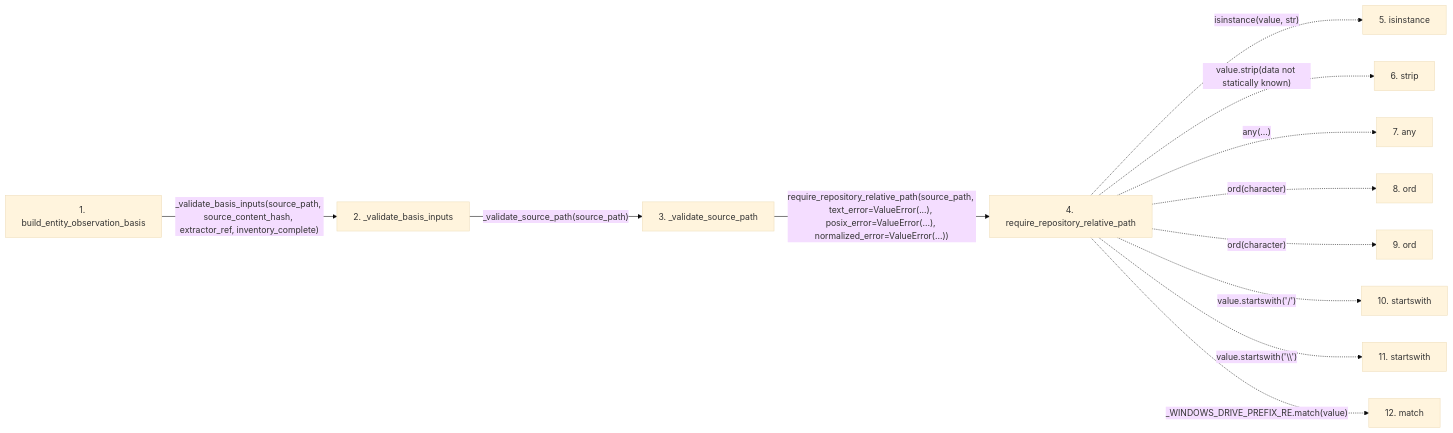
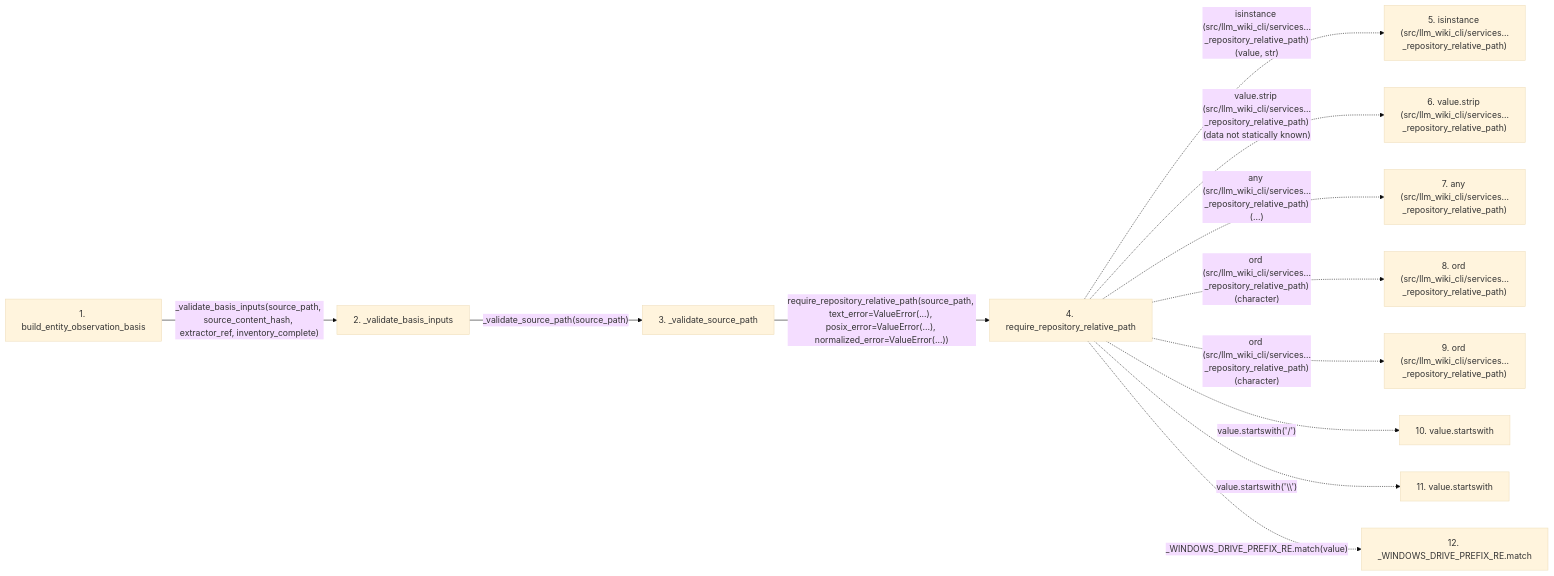
The second of 2 diagrams in docs/llm_wiki/flows/api-build_entity_observation_basis.md (Denissvgn/python-wiki-llm), drawn with Mermaid (base theme) before and after one commit. The commit also changed other lines of this file and 719 other files, not shown here.

````diff
--- a/docs/llm_wiki/flows/api-build_entity_observation_basis.md
+++ b/docs/llm_wiki/flows/api-build_entity_observation_basis.md
@@ -71,30 +74,30 @@
 ```mermaid
 flowchart LR
     s1["1. build_entity_observation_basis"]
     s2["2. _validate_basis_inputs"]
     s3["3. _validate_source_path"]
     s4["4. require_repository_relative_path"]
-    s5["5. isinstance"]
-    s6["6. strip"]
-    s7["7. any"]
-    s8["8. ord"]
-    s9["9. ord"]
-    s10["10. startswith"]
-    s11["11. startswith"]
-    s12["12. match"]
+    s5["5. isinstance (src/llm_wiki_cli/services…_repository_relative_path)"]
+    s6["6. value.strip (src/llm_wiki_cli/services…_repository_relative_path)"]
+    s7["7. any (src/llm_wiki_cli/services…_repository_relative_path)"]
+    s8["8. ord (src/llm_wiki_cli/services…_repository_relative_path)"]
+    s9["9. ord (src/llm_wiki_cli/services…_repository_relative_path)"]
+    s10["10. value.startswith"]
+    s11["11. value.startswith"]
+    s12["12. _WINDOWS_DRIVE_PREFIX_RE.match"]
     s1 -->|"_validate_basis_inputs(source_path, source_content_hash, extractor_ref, inventory_complete)"| s2
     s2 -->|"_validate_source_path(source_path)"| s3
     s3 -->|"require_repository_relative_path(source_path, text_error=ValueError(...), posix_error=ValueError(...), normalized_error=ValueError(...))"| s4
-    s4 -. "isinstance(value, str)" .-> s5
-    s4 -. "value.strip(data not statically known)" .-> s6
-    s4 -. "any(...)" .-> s7
-    s4 -. "ord(character)" .-> s8
-    s4 -. "ord(character)" .-> s9
+    s4 -. "isinstance (src/llm_wiki_cli/services…_repository_relative_path)(value, str)" .-> s5
+    s4 -. "value.strip (src/llm_wiki_cli/services…_repository_relative_path)(data not statically known)" .-> s6
+    s4 -. "any (src/llm_wiki_cli/services…_repository_relative_path)(...)" .-> s7
+    s4 -. "ord (src/llm_wiki_cli/services…_repository_relative_path)(character)" .-> s8
+    s4 -. "ord (src/llm_wiki_cli/services…_repository_relative_path)(character)" .-> s9
     s4 -. "value.startswith('/')" .-> s10
     s4 -. "value.startswith('\\')" .-> s11
     s4 -. "_WINDOWS_DRIVE_PREFIX_RE.match(value)" .-> s12
     click s1 "../modules/knowledge_evidence.md"
     click s2 "../modules/knowledge_evidence.md"
     click s3 "../modules/knowledge_evidence.md"
     click s4 "../modules/validation.md"
 ```
````
